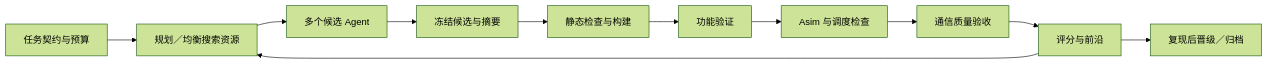
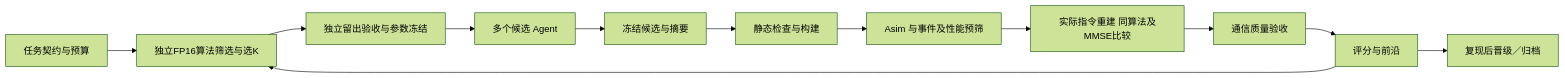
Before and after one commit to nanajiang96300/Asim: the diagram in DOCS/research/CODEX_AUTOMATION.md, drawn with Mermaid (forest theme). The commit also changed other lines of this file and 47 other files, not shown here.

````diff
--- a/DOCS/research/CODEX_AUTOMATION.md
+++ b/DOCS/research/CODEX_AUTOMATION.md
@@ -45,13 +45,14 @@
 ```mermaid
 flowchart LR
-    Q[任务契约与预算] --> P[规划／均衡搜索资源]
-    P --> A[多个候选 Agent]
+    Q[任务契约与预算] --> P[独立FP16算法筛选与选K]
+    P --> H[独立留出验收与参数冻结]
+    H --> A[多个候选 Agent]
     A --> F[冻结候选与摘要]
     F --> C[静态检查与构建]
-    C --> V[功能验证]
-    V --> S[Asim 与调度检查]
-    S --> E[通信质量验收]
+    C --> S[Asim 与事件及性能预筛]
+    S --> V[实际指令重建 同算法及MMSE比较]
+    V --> E[通信质量验收]
     E --> R[评分与前沿]
     R --> P
     R --> M[复现后晋级／归档]
 ```
````
